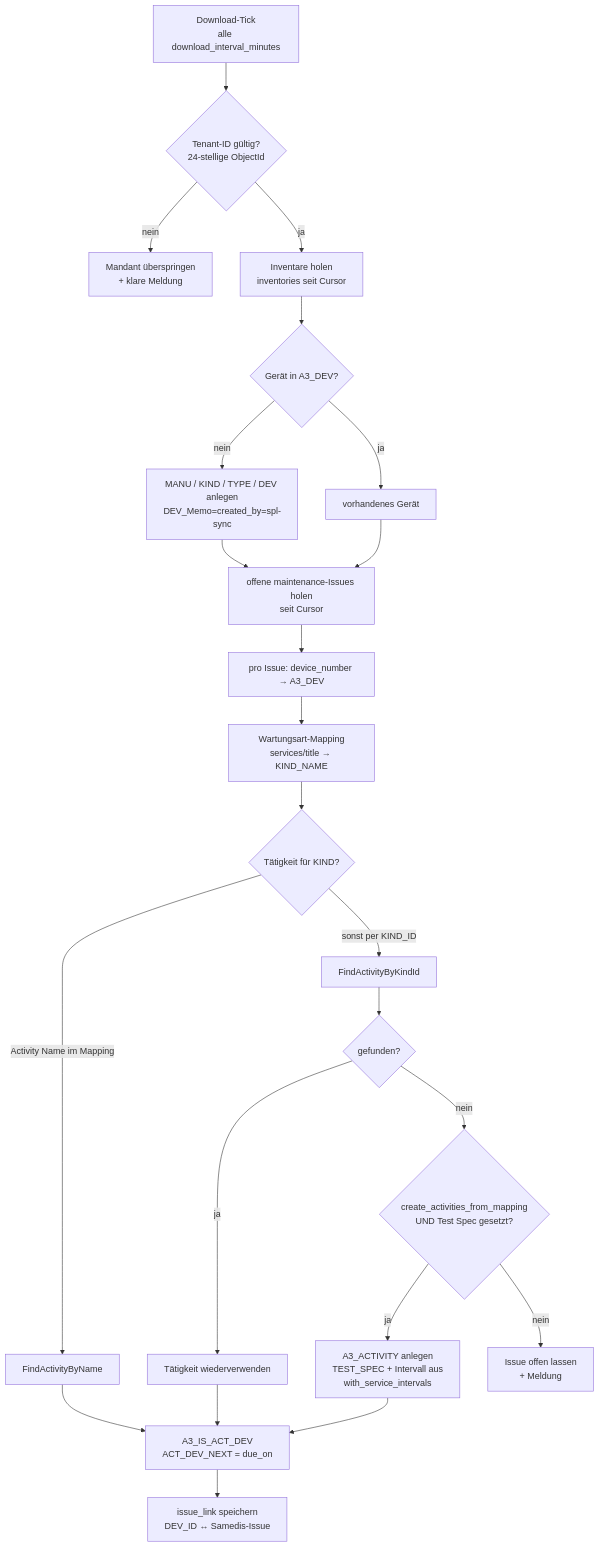
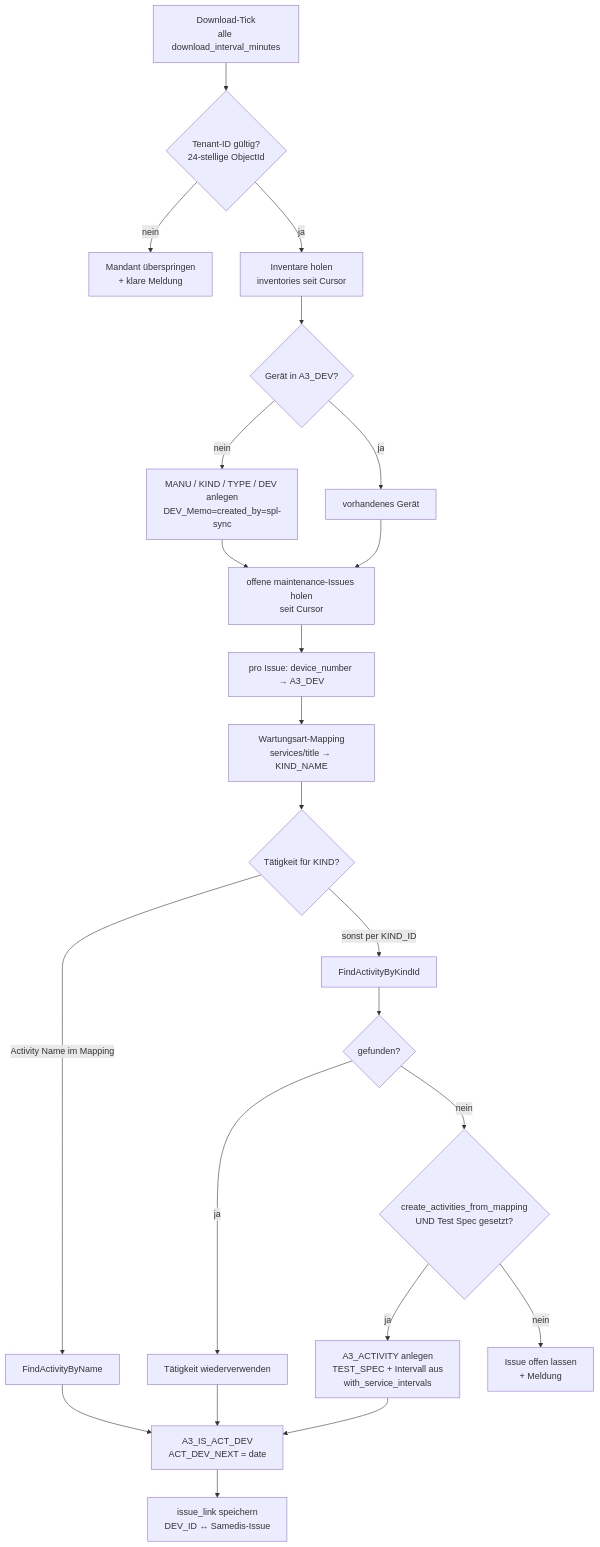
Before and after one commit to Samedis-care/samedis-care-spl-sync: the first of 3 diagrams in README.md, drawn with Mermaid. The commit also changed other lines of this file and 13 other files, not shown here.

````diff
--- a/README.md
+++ b/README.md
@@ -88,25 +88,25 @@
 ```mermaid
 flowchart TD
   A[Download-Tick<br/>alle download_interval_minutes] --> V{Tenant-ID gültig?<br/>24-stellige ObjectId}
   V -- nein --> VX[Mandant überspringen<br/>+ klare Meldung]
   V -- ja --> B[Inventare holen<br/>inventories seit Cursor]
   B --> C{Gerät in A3_DEV?}
   C -- nein --> D[MANU / KIND / TYPE / DEV anlegen<br/>DEV_Memo=created_by=spl-sync]
   C -- ja --> E[vorhandenes Gerät]
   D --> F[offene maintenance-Issues holen<br/>seit Cursor]
   E --> F
   F --> G[pro Issue: device_number → A3_DEV]
   G --> H[Wartungsart-Mapping<br/>services/title → KIND_NAME]
   H --> I{Tätigkeit für KIND?}
   I -- Activity Name im Mapping --> J[FindActivityByName]
   I -- sonst per KIND_ID --> K[FindActivityByKindId]
   K --> L{gefunden?}
   L -- ja --> M[Tätigkeit wiederverwenden]
   L -- nein --> N{create_activities_from_mapping<br/>UND Test Spec gesetzt?}
   N -- ja --> O[A3_ACTIVITY anlegen<br/>TEST_SPEC + Intervall aus<br/>with_service_intervals]
   N -- nein --> P[Issue offen lassen<br/>+ Meldung]
-  J --> Q[A3_IS_ACT_DEV<br/>ACT_DEV_NEXT = due_on]
+  J --> Q[A3_IS_ACT_DEV<br/>ACT_DEV_NEXT = date]
   M --> Q
   O --> Q
   Q --> R[issue_link speichern<br/>DEV_ID ↔ Samedis-Issue]
 ```
````
